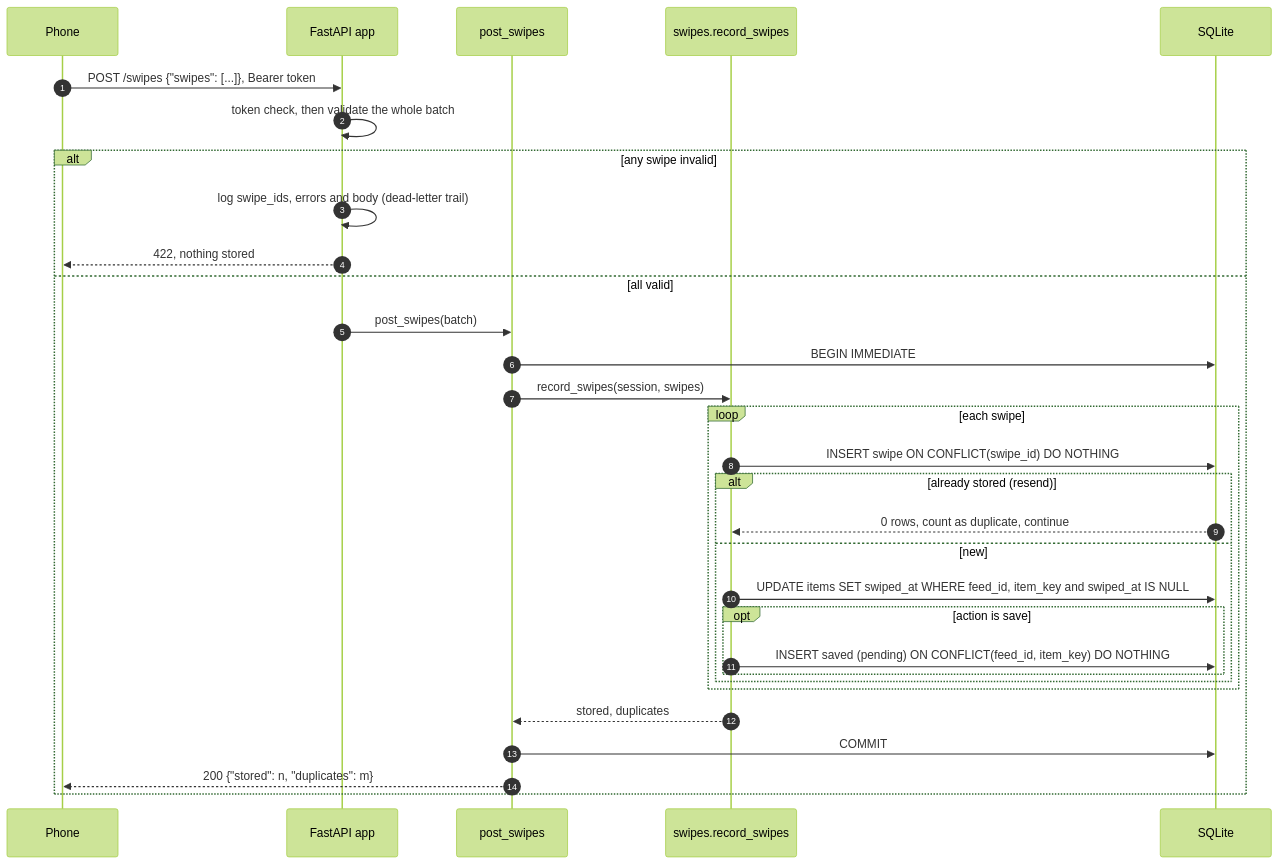
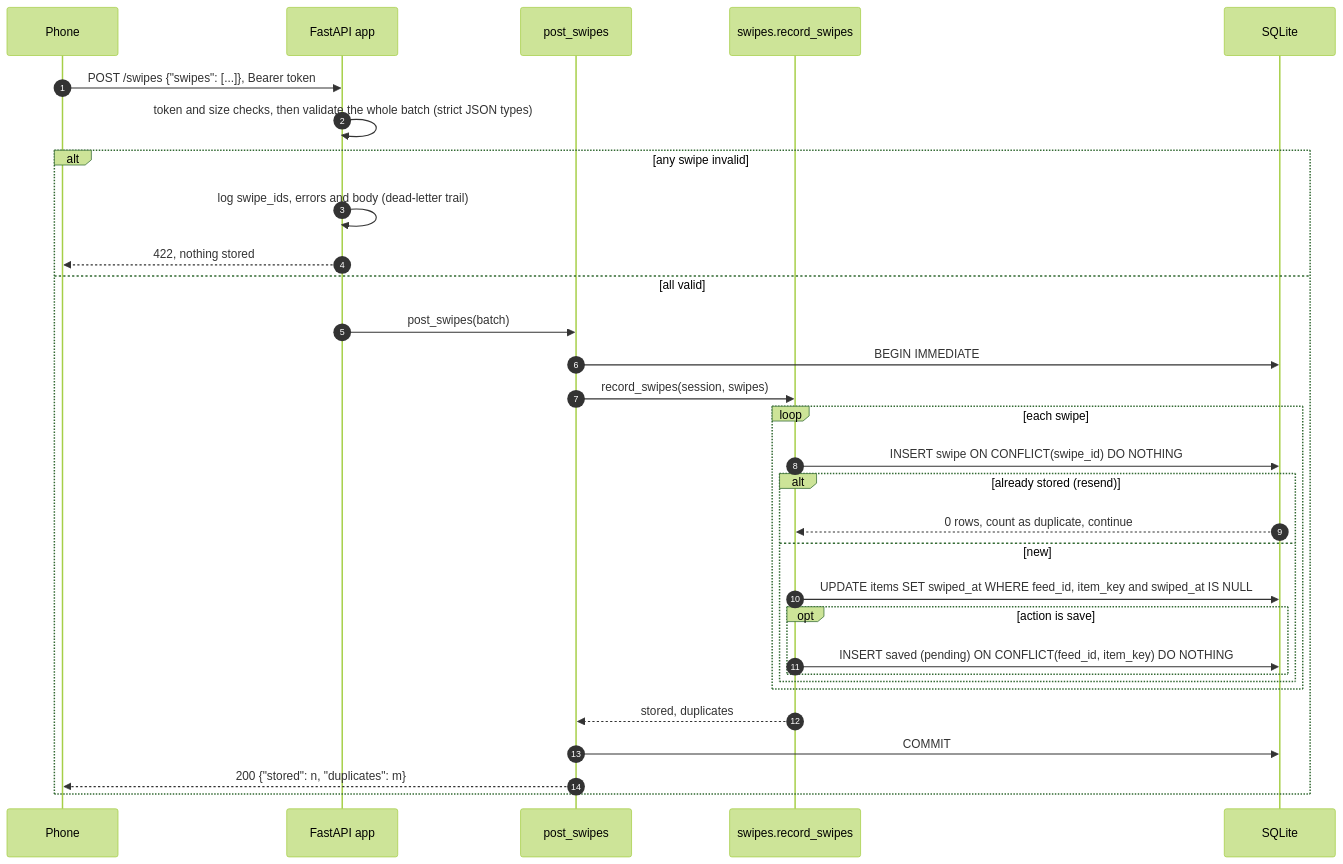
Before and after one commit to shanirub/swipe-rss-reader: the tenth of 18 diagrams in docs/architecture.md, drawn with Mermaid (forest theme). The commit also changed other lines of this file and 31 other files, not shown here.

````diff
--- a/docs/architecture.md
+++ b/docs/architecture.md
@@ -405,34 +407,34 @@
 ```mermaid
 sequenceDiagram
     autonumber
     participant phone as Phone
     participant app as FastAPI app
     participant route as post_swipes
     participant rec as swipes.record_swipes
     participant db as SQLite
 
     phone->>app: POST /swipes {"swipes": [...]}, Bearer token
-    app->>app: token check, then validate the whole batch
+    app->>app: token and size checks, then validate the whole batch (strict JSON types)
     alt any swipe invalid
         app->>app: log swipe_ids, errors and body (dead-letter trail)
         app-->>phone: 422, nothing stored
     else all valid
         app->>route: post_swipes(batch)
         route->>db: BEGIN IMMEDIATE
         route->>rec: record_swipes(session, swipes)
         loop each swipe
             rec->>db: INSERT swipe ON CONFLICT(swipe_id) DO NOTHING
             alt already stored (resend)
                 db-->>rec: 0 rows, count as duplicate, continue
             else new
                 rec->>db: UPDATE items SET swiped_at WHERE feed_id, item_key and swiped_at IS NULL
                 opt action is save
                     rec->>db: INSERT saved (pending) ON CONFLICT(feed_id, item_key) DO NOTHING
                 end
             end
         end
         rec-->>route: stored, duplicates
         route->>db: COMMIT
         route-->>phone: 200 {"stored": n, "duplicates": m}
     end
 ```
````
